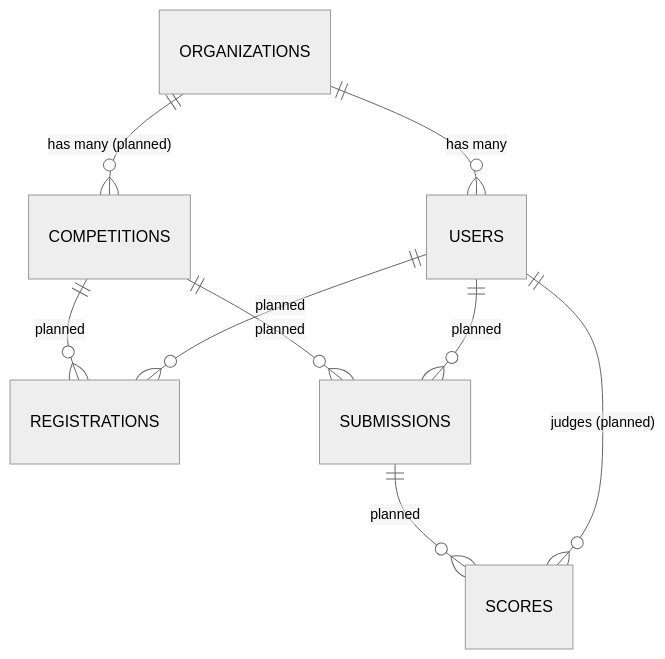
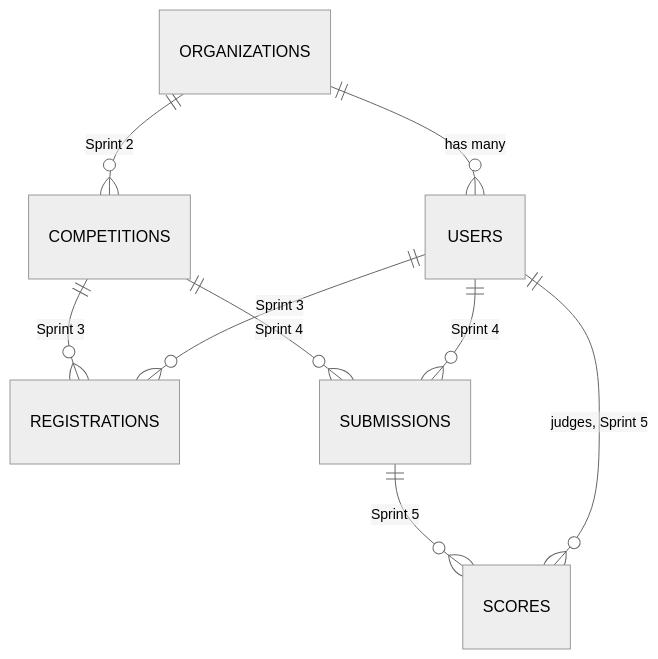
One commit to protex121/competition-management-system changed the diagram in docs/DATABASE.md. Above: the diagram before and after it, drawn with Mermaid (neutral theme). The commit also changed other lines of this file and 7 other files, not shown here.

````diff
--- a/docs/DATABASE.md
+++ b/docs/DATABASE.md
@@ -16,11 +20,11 @@
 ```mermaid
 erDiagram
     ORGANIZATIONS ||--o{ USERS : "has many"
-    ORGANIZATIONS ||--o{ COMPETITIONS : "has many (planned)"
-    COMPETITIONS ||--o{ REGISTRATIONS : "planned"
-    COMPETITIONS ||--o{ SUBMISSIONS : "planned"
-    USERS ||--o{ REGISTRATIONS : "planned"
-    USERS ||--o{ SUBMISSIONS : "planned"
-    SUBMISSIONS ||--o{ SCORES : "planned"
-    USERS ||--o{ SCORES : "judges (planned)"
+    ORGANIZATIONS ||--o{ COMPETITIONS : "Sprint 2"
+    COMPETITIONS ||--o{ REGISTRATIONS : "Sprint 3"
+    COMPETITIONS ||--o{ SUBMISSIONS : "Sprint 4"
+    USERS ||--o{ REGISTRATIONS : "Sprint 3"
+    USERS ||--o{ SUBMISSIONS : "Sprint 4"
+    SUBMISSIONS ||--o{ SCORES : "Sprint 5"
+    USERS ||--o{ SCORES : "judges, Sprint 5"
 ```
````
